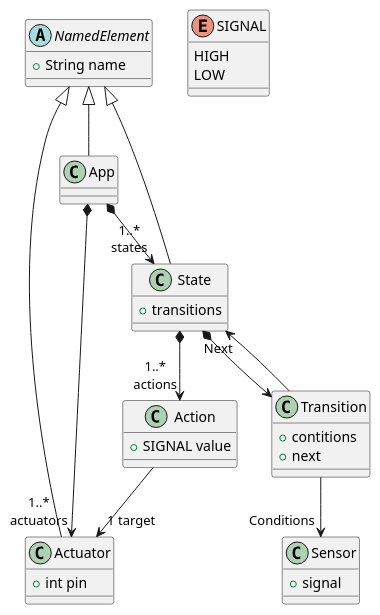
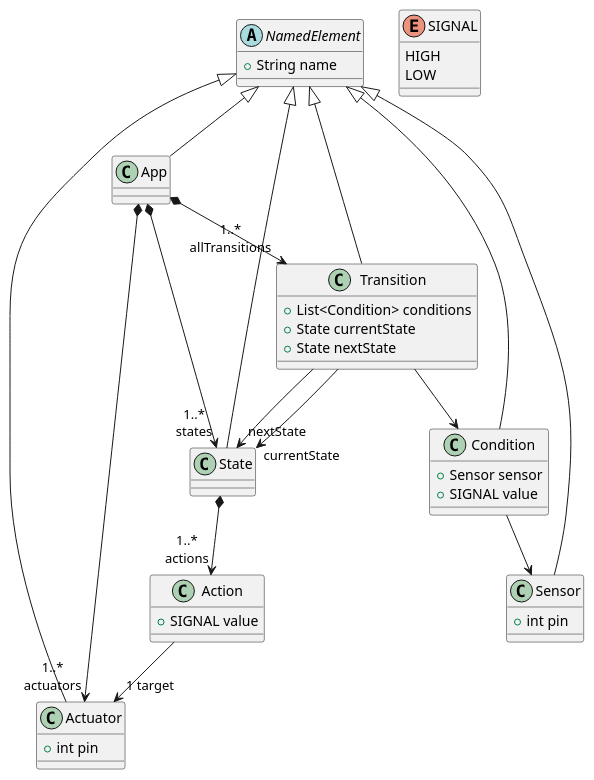
The diagram in model.puml (jackodsteel/SENG441-Assignment-1), drawn with PlantUML before and after one commit. The commit also changed 1 other file, not shown here.

```diff
--- a/model.puml
+++ b/model.puml
@@ -1,48 +1,58 @@
 @startuml
 
 abstract class NamedElement {
  + String name
 }
 
 class App
 
 class Actuator {
   + int pin
 }
 
 class State {
- + transitions
 }
 
 class Action {
   + SIGNAL value
 }
 
-class Transition {
-  + contitions
-  + next
+class Sensor {
+  + int pin
 }
 
-class Sensor {
- + signal
+class Transition {
+  + List<Condition> conditions
+  + State currentState
+  + State nextState
+}
+
+class Condition {
+  + Sensor sensor
+  + SIGNAL value
 }
 
 enum SIGNAL {
     HIGH
     LOW
 }
 
 
 NamedElement <|-- App
 NamedElement <|-- Actuator
 NamedElement <|-- State
+NamedElement <|-- Sensor
+NamedElement <|-- Transition
+NamedElement <|-- Condition
 
 App *--> "1..*\nstates" State
-State *--> Transition
-Transition --> "Next" State
-Transition --> "Conditions" Sensor
 App *--> "1..*\nactuators" Actuator
+App *--> "1..*\nallTransitions" Transition
+Transition --> Condition
+Condition --> Sensor
+Transition --> "nextState" State
+Transition --> "currentState" State
 State *--> "1..*\nactions" Action
 Action --> "1 target" Actuator
 
 @enduml
```
